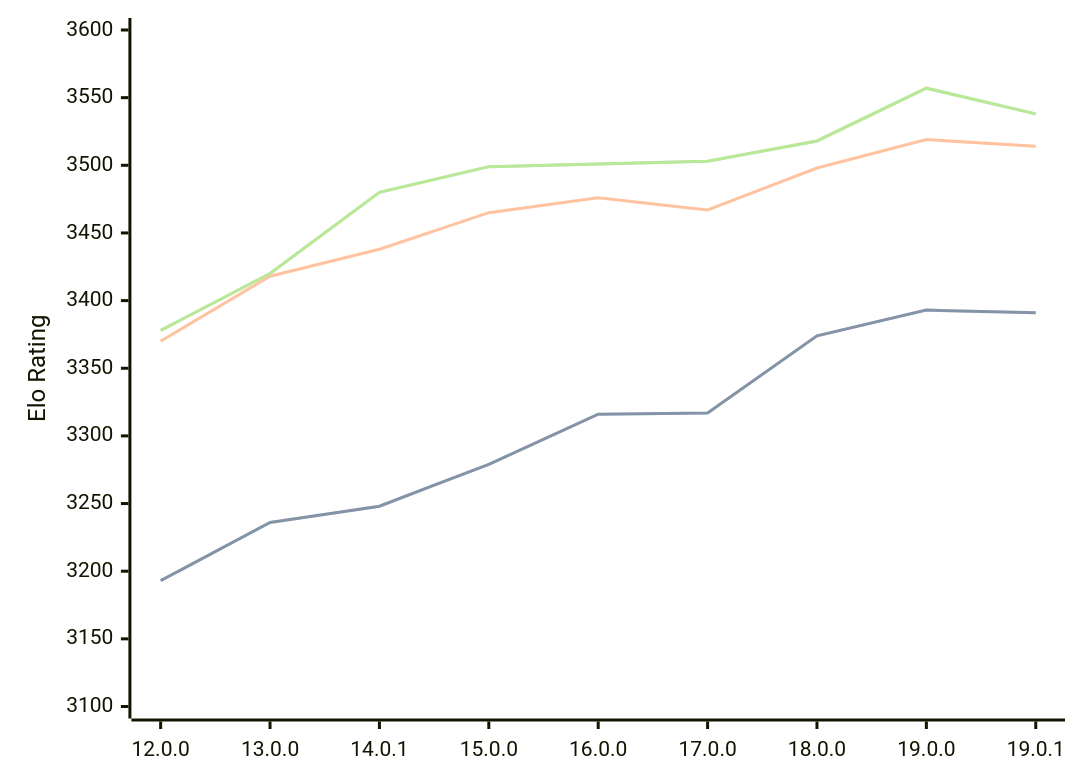
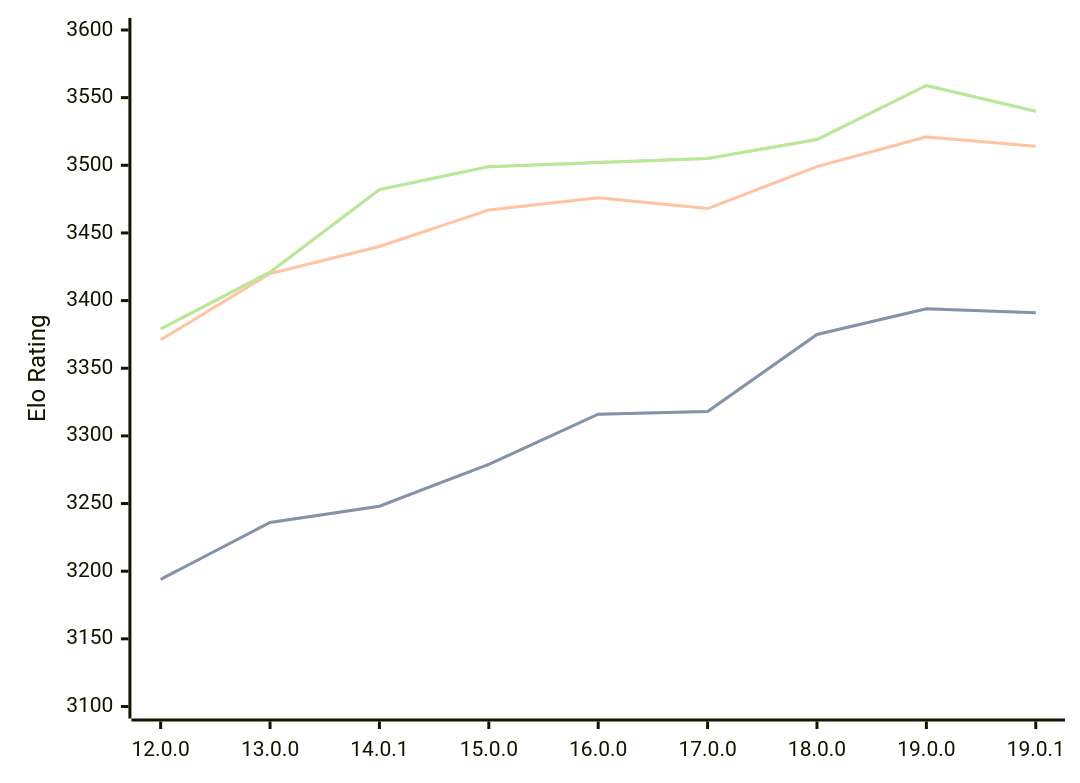
The first of 3 diagrams in engines/Viridithas.md (computer-chess-index/cci), drawn with Mermaid before and after one commit. The commit also changed other lines of this file, not shown here.

Commit message:
Update CCI Ratings (ELO VLTC) - 2026-06-24

````diff
--- a/engines/Viridithas.md
+++ b/engines/Viridithas.md
@@ -63,11 +63,11 @@
 ```mermaid
 %%{init: {"theme":"base","themeVariables":{"seriesColors:['#a3a3a3','#222221','#faa371']}}}%%
 xychart-beta
   x-axis ["12.0.0", "13.0.0", "14.0.1", "15.0.0", "16.0.0", "17.0.0", "18.0.0", "19.0.0", "19.0.1"]
   y-axis "Elo Rating" 3100 --> 3600
-  line "STC (8.0+0.08s)" [3193, 3236, 3248, 3279, 3316, 3317, 3374, 3393, 3391]
-  line "STC (8.0+0.08s)" [3193, 3236, 3248, 3279, 3316, 3317, 3374, 3393, 3391]
-  line "LTC (60.0+0.60s)" [3370, 3418, 3438, 3465, 3476, 3467, 3498, 3519, 3514]
-  line "VLTC (2m24s+1.12s)" [3378, 3420, 3480, 3499, 3501, 3503, 3518, 3557, 3538]
-  line "VLTC (2m24s+1.12s)" [3378, 3420, 3480, 3499, 3501, 3503, 3518, 3557, 3538]
+  line "STC (8.0+0.08s)" [3194, 3236, 3248, 3279, 3316, 3318, 3375, 3394, 3391]
+  line "STC (8.0+0.08s)" [3194, 3236, 3248, 3279, 3316, 3318, 3375, 3394, 3391]
+  line "LTC (60.0+0.60s)" [3371, 3420, 3440, 3467, 3476, 3468, 3499, 3521, 3514]
+  line "VLTC (2m24s+1.12s)" [3379, 3421, 3482, 3499, 3502, 3505, 3519, 3559, 3540]
+  line "VLTC (2m24s+1.12s)" [3379, 3421, 3482, 3499, 3502, 3505, 3519, 3559, 3540]
 ```
````
